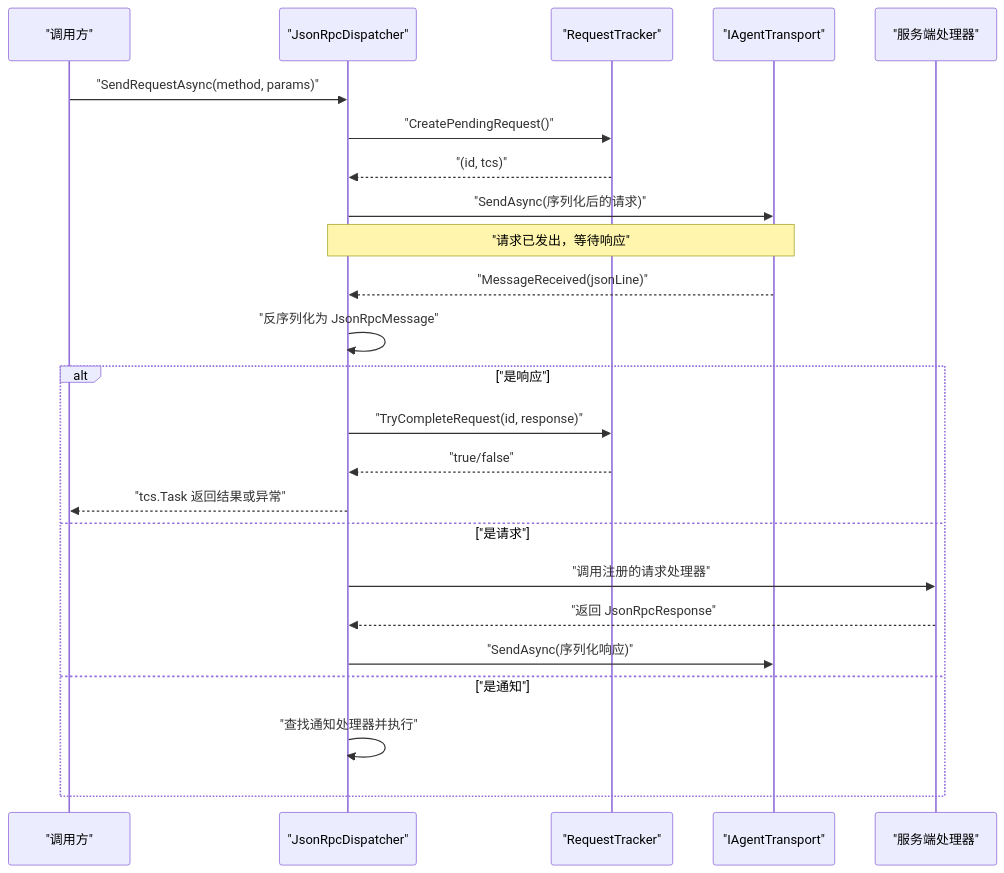
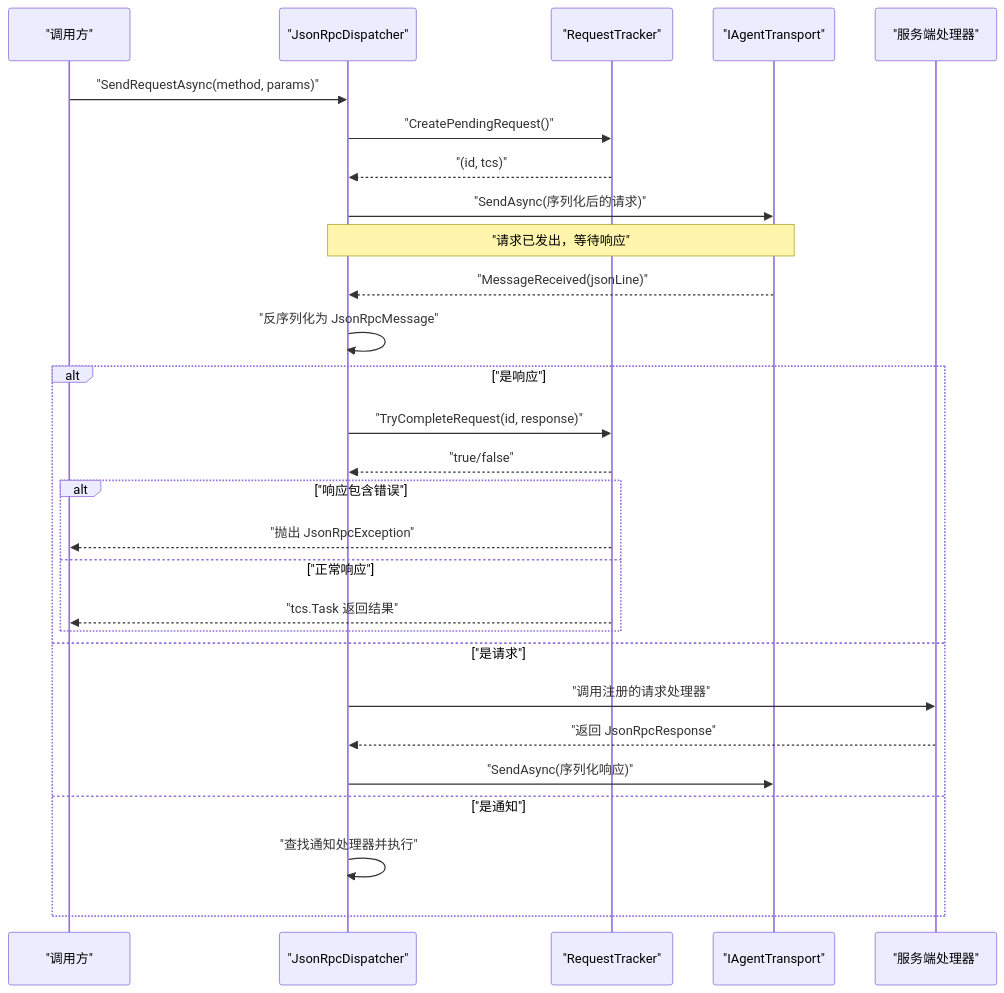
Before and after one commit to AgenticDesktop/ACPLibrary: the second of 7 diagrams in .qoder/repowiki/zh/content/协议层/协议层.md, drawn with Mermaid. The commit also changed other lines of this file and 22 other files, not shown here.

````diff
--- a/.qoder/repowiki/zh/content/协议层/协议层.md
+++ b/.qoder/repowiki/zh/content/协议层/协议层.md
@@ -100,26 +115,30 @@
 ```mermaid
 sequenceDiagram
 participant Caller as "调用方"
 participant Dispatcher as "JsonRpcDispatcher"
 participant Tracker as "RequestTracker"
 participant Transport as "IAgentTransport"
 participant Server as "服务端处理器"
 Caller->>Dispatcher : "SendRequestAsync(method, params)"
 Dispatcher->>Tracker : "CreatePendingRequest()"
 Tracker-->>Dispatcher : "(id, tcs)"
 Dispatcher->>Transport : "SendAsync(序列化后的请求)"
 Note over Dispatcher,Transport : "请求已发出，等待响应"
 Transport-->>Dispatcher : "MessageReceived(jsonLine)"
 Dispatcher->>Dispatcher : "反序列化为 JsonRpcMessage"
 alt "是响应"
 Dispatcher->>Tracker : "TryCompleteRequest(id, response)"
 Tracker-->>Dispatcher : "true/false"
-Dispatcher-->>Caller : "tcs.Task 返回结果或异常"
+alt "响应包含错误"
+Tracker-->>Caller : "抛出 JsonRpcException"
+else "正常响应"
+Tracker-->>Caller : "tcs.Task 返回结果"
+end
 else "是请求"
 Dispatcher->>Server : "调用注册的请求处理器"
 Server-->>Dispatcher : "返回 JsonRpcResponse"
 Dispatcher->>Transport : "SendAsync(序列化响应)"
 else "是通知"
 Dispatcher->>Dispatcher : "查找通知处理器并执行"
 end
 ```
````
